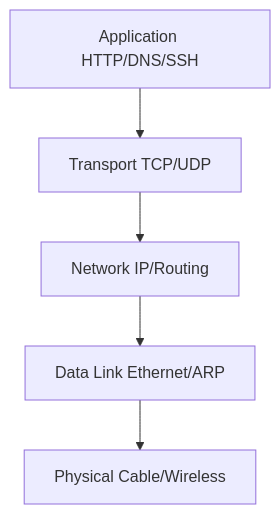
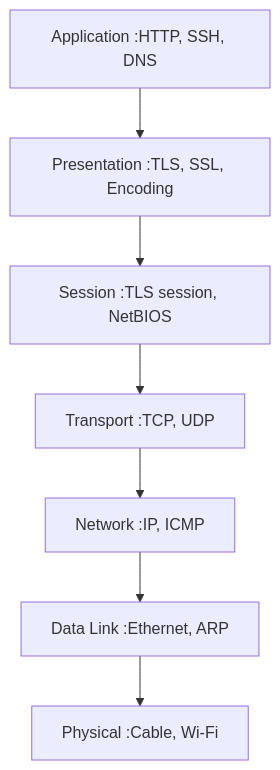
The first of 2 diagrams in DailyChallenges/Season2/Day15/challenge.md (Sagar2366/LearnWithSagar), drawn with Mermaid before and after one commit. The commit also changed other lines of this file, not shown here.

````diff
--- a/DailyChallenges/Season2/Day15/challenge.md
+++ b/DailyChallenges/Season2/Day15/challenge.md
@@ -107,7 +56,11 @@
 ```mermaid
-graph TB
-    A[Application HTTP/DNS/SSH] --> B[Transport TCP/UDP]
-    B --> C[Network IP/Routing]
-    C --> D[Data Link Ethernet/ARP]
-    D --> E[Physical Cable/Wireless]
+flowchart TD
+    L7[Application :HTTP, SSH, DNS]
+    L6[Presentation :TLS, SSL, Encoding]
+    L5[Session :TLS session, NetBIOS]
+    L4[Transport :TCP, UDP]
+    L3[Network :IP, ICMP]
+    L2[Data Link :Ethernet, ARP]
+    L1[Physical :Cable, Wi-Fi]
+    L7 --> L6 --> L5 --> L4 --> L3 --> L2 --> L1
 ```
````
